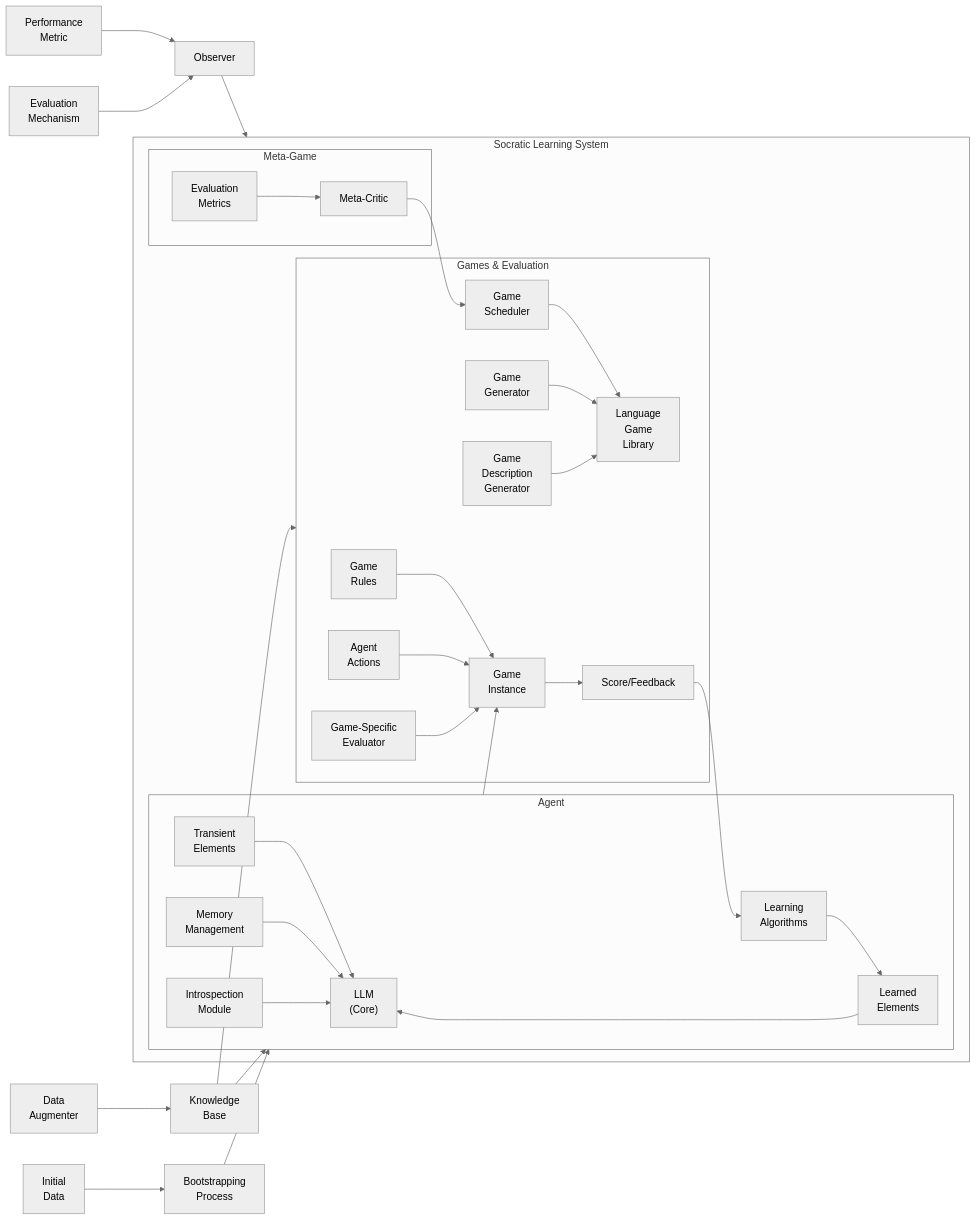
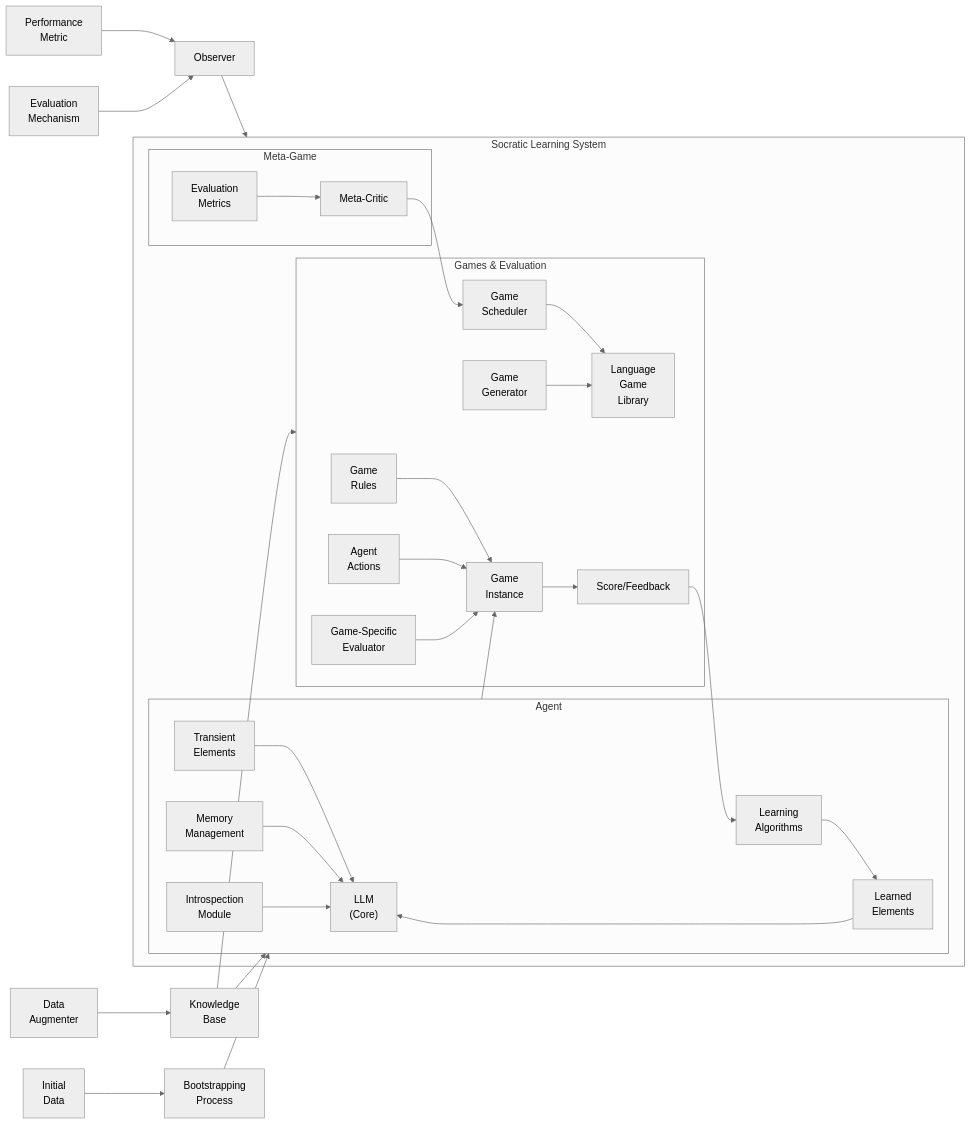
Before and after one commit to nshkrdotcom/EADS: the eighth of 8 diagrams in README.md, drawn with Mermaid (neutral theme). The commit also changed other lines of this file and 22 other files, not shown here.

````diff
--- a/README.md
+++ b/README.md
@@ -577,42 +661,41 @@
 ```mermaid
 graph LR
     subgraph SocraticLearning["Socratic&nbsp;Learning&nbsp;System"]
         subgraph Agent["Agent"]
             LLM["LLM<br>(Core)"]
             LearnedElements["Learned<br>Elements"] --> LLM
             TransientElements["Transient<br>Elements"] --> LLM
             Memory["Memory<br>Management"] --> LLM
             Introspection["Introspection<br>Module"] --> LLM
             LearningAlgorithms["Learning<br>Algorithms"] --> LearnedElements
         end
 
         subgraph GamesAndEvaluation["Games&nbsp;&&nbsp;Evaluation"]
             GameLibrary["Language<br>Game<br>Library"]
             GameScheduler["Game<br>Scheduler"] --> GameLibrary
             GameGenerator["Game<br>Generator"] --> GameLibrary
-            GameDescriptions["Game<br>Description<br>Generator"] --> GameLibrary
 
             GameInstance["Game<br>Instance"]
             GameRules["Game<br>Rules"] --> GameInstance
             AgentActions["Agent<br>Actions"] --> GameInstance
             Evaluator["Game-Specific<br>Evaluator"] --> GameInstance
             Score["Score/Feedback"] --> LearningAlgorithms
         end
 
         subgraph Meta["Meta#8209;Game"]
             MetaCritic["Meta-Critic"] --> GameScheduler
             EvaluationMetrics["Evaluation<br>Metrics"] --> MetaCritic
         end
 
         Agent --> GameInstance
         GameInstance --> Score
     end
 
     Observer["Observer"]
     Performance["Performance<br>Metric"] --> Observer
     EvaluationMechanism["Evaluation<br>Mechanism"] --> Observer --> SocraticLearning
     Bootstrapping["Bootstrapping<br>Process"] --> Agent
     InitialData["Initial<br>Data"] --> Bootstrapping
     KnowledgeBase["Knowledge<br>Base"] --> Agent
     DataAugmenter["Data<br>Augmenter"] --> KnowledgeBase ----> GamesAndEvaluation
 ```
````
